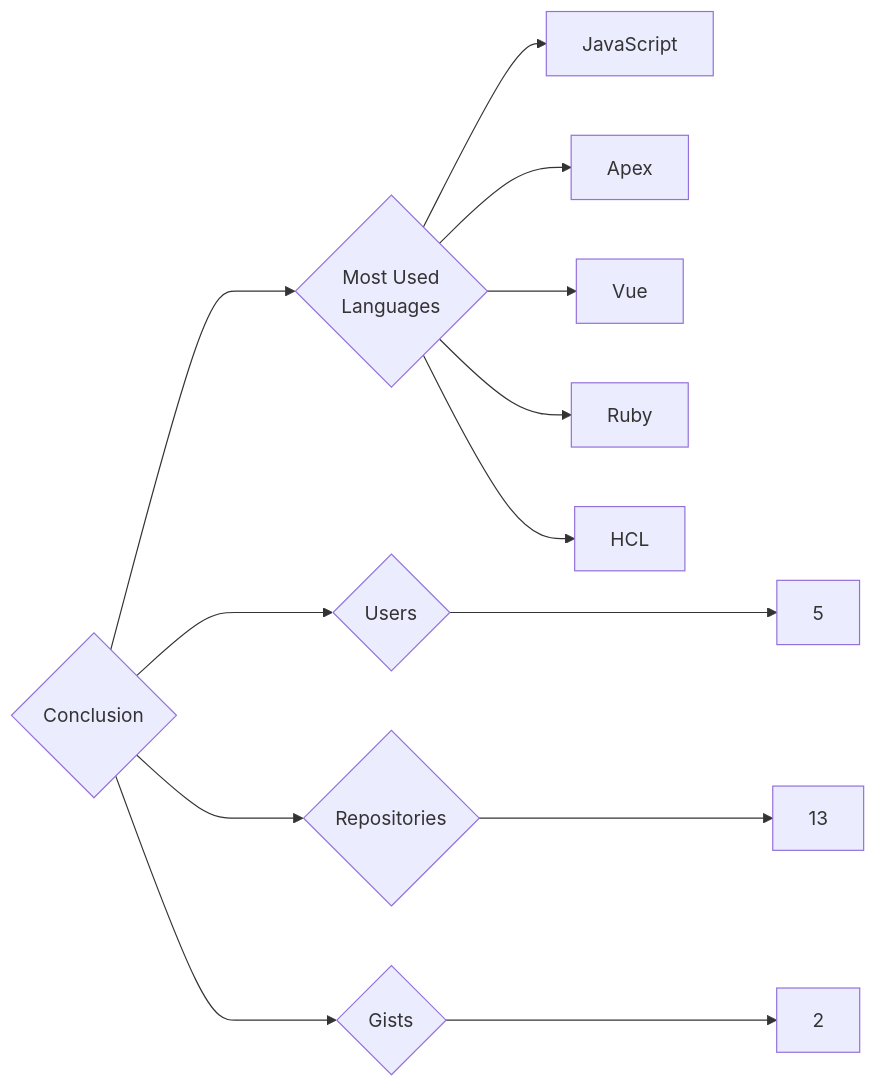
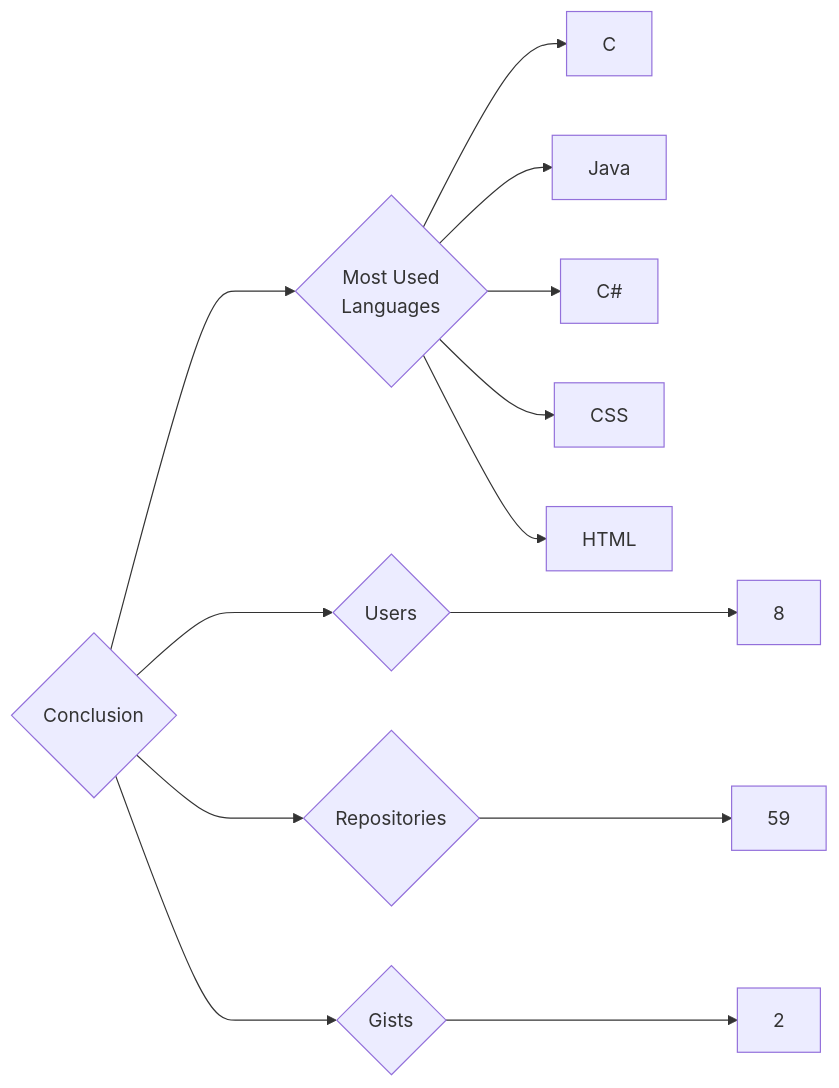
Before and after one commit to trickest/insiders: the diagram in targets/Conclusion/README.md, drawn with Mermaid. The commit also changed 1212 other files, not shown here.

````diff
--- a/targets/Conclusion/README.md
+++ b/targets/Conclusion/README.md
@@ -3,13 +3,13 @@
 ```mermaid
 graph LR
 COMPANY_NAME{Conclusion}
-COMPANY_NAME ---> U{Users} ---> UN[5]
-COMPANY_NAME ---> R{Repositories} ---> RN[13]
+COMPANY_NAME ---> U{Users} ---> UN[8]
+COMPANY_NAME ---> R{Repositories} ---> RN[59]
 COMPANY_NAME ---> G{Gists} ---> GN[2]
 COMPANY_NAME ---> ML{Most Used<br>Languages}
-ML --> JavaScript[JavaScript]
-ML --> Apex[Apex]
-ML --> Vue[Vue]
-ML --> Ruby[Ruby]
-ML --> HCL[HCL]
+ML --> C[C]
+ML --> Java[Java]
+ML --> C#[C#]
+ML --> CSS[CSS]
+ML --> HTML[HTML]
 ```
````
